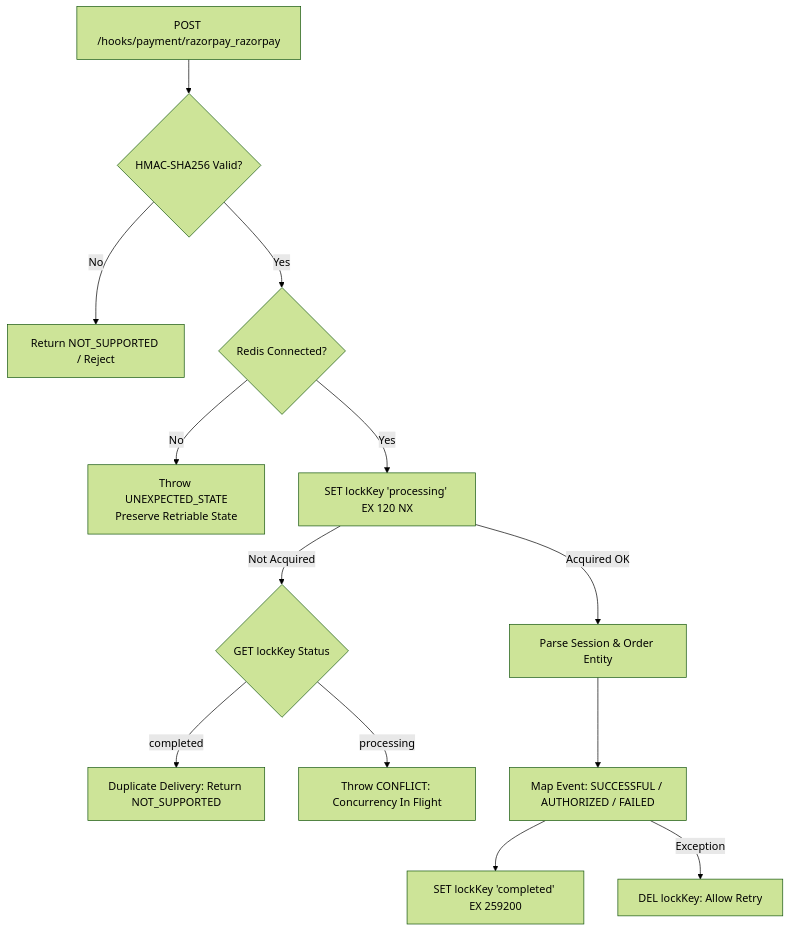
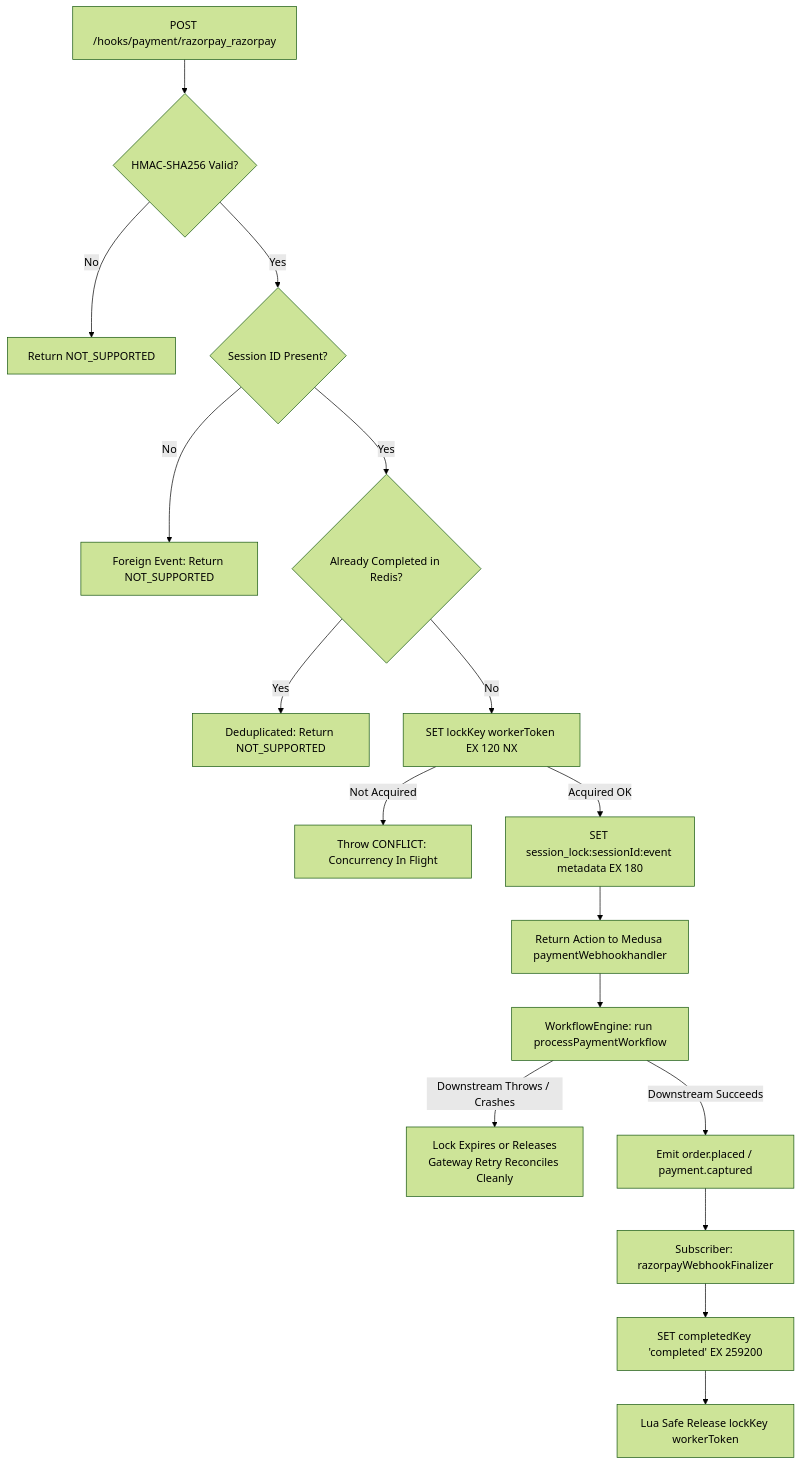
The diagram in docs/MILESTONE_02D_B_SANDBOX_VERIFICATION.md (Ajuworks96/theecombuddy), drawn with Mermaid (forest theme) before and after one commit. The commit also changed other lines of this file and 3 other files, not shown here.

Commit message:
fix(milestone-02d-b.1): resolve webhook lifecycle flaw, enforce lock ownership and harden retry reconciliation

````diff
--- a/docs/MILESTONE_02D_B_SANDBOX_VERIFICATION.md
+++ b/docs/MILESTONE_02D_B_SANDBOX_VERIFICATION.md
@@ -48,19 +78,24 @@
 ```mermaid
 flowchart TD
     Hook[POST /hooks/payment/razorpay_razorpay] --> SigCheck{HMAC-SHA256 Valid?}
-    SigCheck -->|No| RejectSig[Return NOT_SUPPORTED / Reject]
-    SigCheck -->|Yes| RedisCheck{Redis Connected?}
+    SigCheck -->|No| RejectSig[Return NOT_SUPPORTED]
+    SigCheck -->|Yes| SessionCheck{Session ID Present?}
+    SessionCheck -->|No| Foreign[Foreign Event: Return NOT_SUPPORTED]
+    SessionCheck -->|Yes| CompCheck{Already Completed in Redis?}
     
-    RedisCheck -->|No| FailSafe[Throw UNEXPECTED_STATE\nPreserve Retriable State]
-    RedisCheck -->|Yes| Mutex[SET lockKey 'processing' EX 120 NX]
+    CompCheck -->|Yes| DupDrop[Deduplicated: Return NOT_SUPPORTED]
+    CompCheck -->|No| Mutex[SET lockKey workerToken EX 120 NX]
     
-    Mutex -->|Acquired OK| ParsePayload[Parse Session & Order Entity]
-    Mutex -->|Not Acquired| StateCheck{GET lockKey Status}
+    Mutex -->|Not Acquired| Conflict[Throw CONFLICT: Concurrency In Flight]
+    Mutex -->|Acquired OK| RegSession[SET session_lock:sessionId:event metadata EX 180]
     
-    StateCheck -->|completed| DupIgnored[Duplicate Delivery: Return NOT_SUPPORTED]
-    StateCheck -->|processing| Concurrent[Throw CONFLICT: Concurrency In Flight]
+    RegSession --> ReturnAction[Return Action to Medusa paymentWebhookhandler]
+    ReturnAction --> RunWorkflow[WorkflowEngine: run processPaymentWorkflow]
     
-    ParsePayload --> ProcessAction[Map Event: SUCCESSFUL / AUTHORIZED / FAILED]
-    ProcessAction --> CommitRedis[SET lockKey 'completed' EX 259200]
-    ProcessAction -->|Exception| RollbackLock[DEL lockKey: Allow Retry]
+    RunWorkflow -->|Downstream Throws / Crashes| FailRecovery[Lock Expires or Releases\nGateway Retry Reconciles Cleanly]
+    RunWorkflow -->|Downstream Succeeds| EventEmitted[Emit order.placed / payment.captured]
+    
+    EventEmitted --> FinalizerSub[Subscriber: razorpayWebhookFinalizer]
+    FinalizerSub --> MarkDone[SET completedKey 'completed' EX 259200]
+    MarkDone --> LuaRelease[Lua Safe Release lockKey workerToken]
 ```
````
